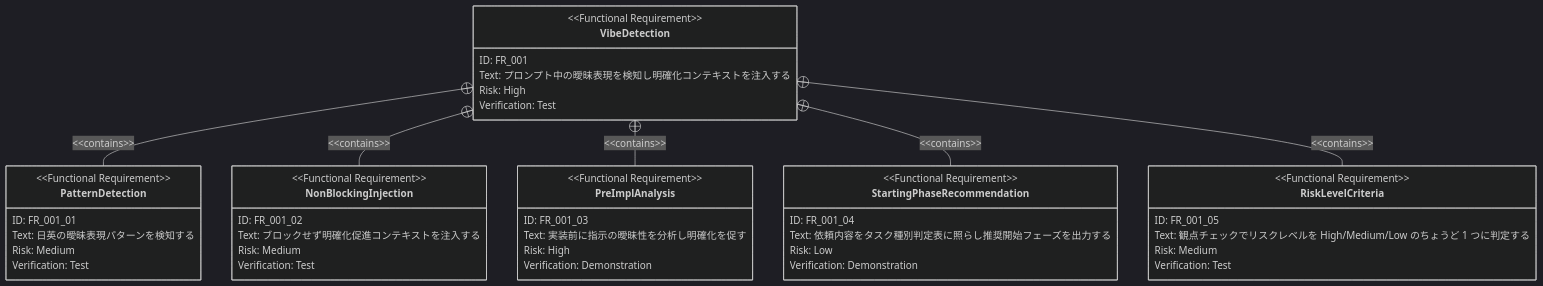
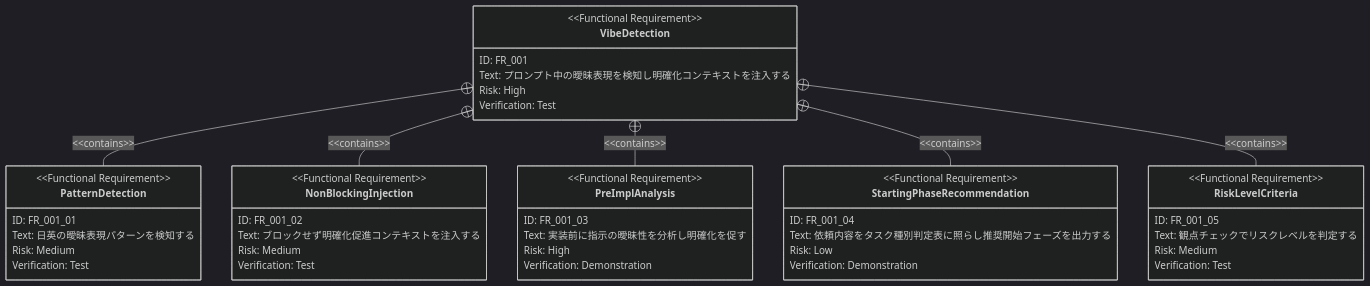
Before and after one commit to ToshikiImagawa/ai-sdd-workflow-dev: the second of 2 diagrams in .sdd/requirement/quality-guardrails/vibe-detection.md, drawn with Mermaid. The commit also changed other lines of this file and 1 other file, not shown here.

````diff
--- a/.sdd/requirement/quality-guardrails/vibe-detection.md
+++ b/.sdd/requirement/quality-guardrails/vibe-detection.md
@@ -69,51 +69,51 @@
 ```mermaid
 %%{init: {'theme': 'dark'}}%%
 requirementDiagram
     functionalRequirement VibeDetection {
         id: FR_001
         text: "プロンプト中の曖昧表現を検知し明確化コンテキストを注入する"
         risk: high
         verifymethod: test
     }
 
     functionalRequirement PatternDetection {
         id: FR_001_01
         text: "日英の曖昧表現パターンを検知する"
         risk: medium
         verifymethod: test
     }
 
     functionalRequirement NonBlockingInjection {
         id: FR_001_02
         text: "ブロックせず明確化促進コンテキストを注入する"
         risk: medium
         verifymethod: test
     }
 
     functionalRequirement PreImplAnalysis {
         id: FR_001_03
         text: "実装前に指示の曖昧性を分析し明確化を促す"
         risk: high
         verifymethod: demonstration
     }
 
     functionalRequirement StartingPhaseRecommendation {
         id: FR_001_04
         text: "依頼内容をタスク種別判定表に照らし推奨開始フェーズを出力する"
         risk: low
         verifymethod: demonstration
     }
 
     functionalRequirement RiskLevelCriteria {
         id: FR_001_05
-        text: "観点チェックでリスクレベルを High/Medium/Low のちょうど 1 つに判定する"
+        text: "観点チェックでリスクレベルを判定する"
         risk: medium
         verifymethod: test
     }
 
     VibeDetection - contains -> PatternDetection
     VibeDetection - contains -> NonBlockingInjection
     VibeDetection - contains -> PreImplAnalysis
     VibeDetection - contains -> StartingPhaseRecommendation
     VibeDetection - contains -> RiskLevelCriteria
 ```
````
